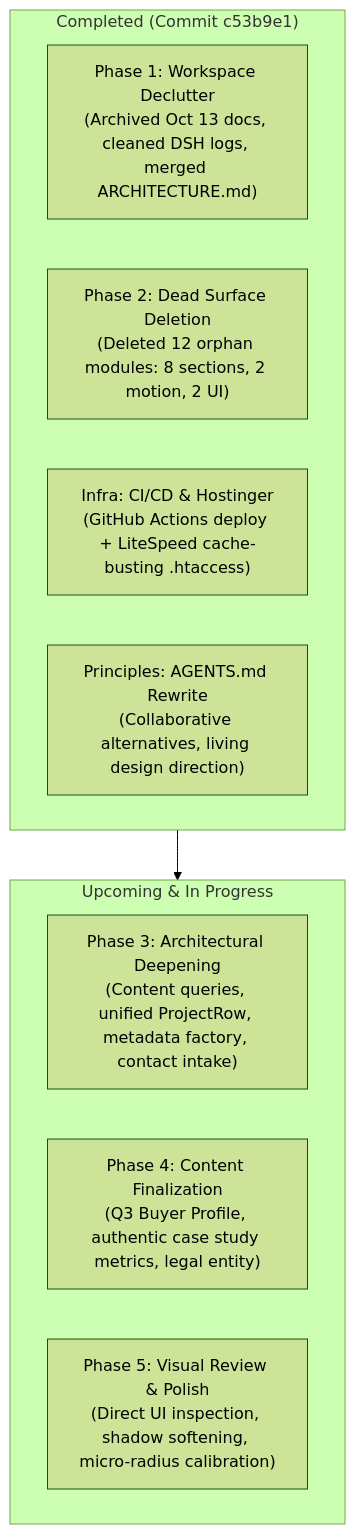
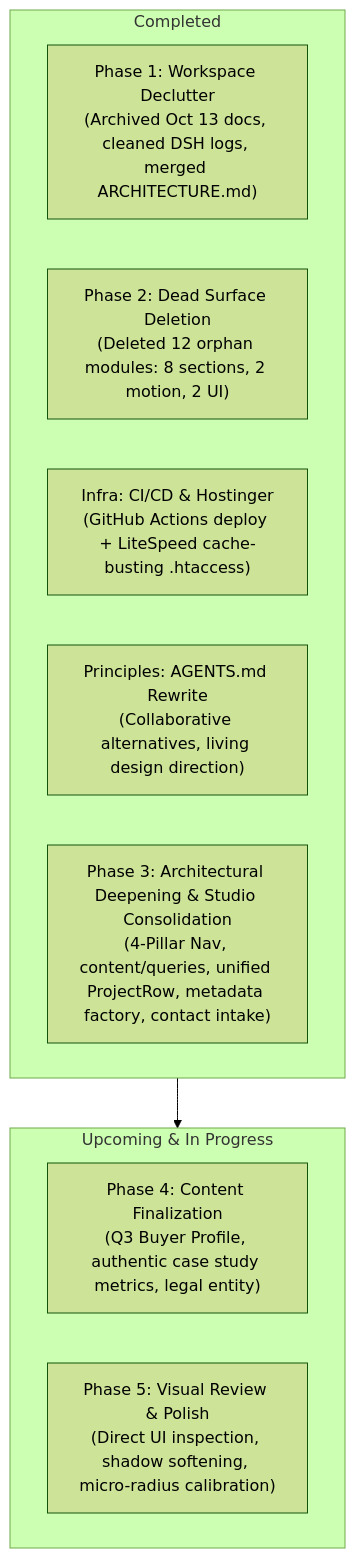
One commit to Jabir-A-H/portfolio changed the diagram in docs/CLEANUP_PLAN.md. Above: the diagram before and after it, drawn with Mermaid (forest theme). The commit also changed other lines of this file and 33 other files, not shown here.

First line of the commit message:
feat(architecture): consolidate 4-pillar studio nav, establish queries facade, and overhaul docs suite

````diff
--- a/docs/CLEANUP_PLAN.md
+++ b/docs/CLEANUP_PLAN.md
@@ -11,17 +11,17 @@
 ```mermaid
 flowchart TD
-  subgraph Done["Completed (Commit c53b9e1)"]
+  subgraph Done["Completed"]
     D1["Phase 1: Workspace Declutter\n(Archived Oct 13 docs, cleaned DSH logs, merged ARCHITECTURE.md)"]
     D2["Phase 2: Dead Surface Deletion\n(Deleted 12 orphan modules: 8 sections, 2 motion, 2 UI)"]
     D3["Infra: CI/CD & Hostinger\n(GitHub Actions deploy + LiteSpeed cache-busting .htaccess)"]
     D4["Principles: AGENTS.md Rewrite\n(Collaborative alternatives, living design direction)"]
+    D5["Phase 3: Architectural Deepening & Studio Consolidation\n(4-Pillar Nav, content/queries, unified ProjectRow, metadata factory, contact intake)"]
   end
 
   subgraph Next["Upcoming & In Progress"]
-    N1["Phase 3: Architectural Deepening\n(Content queries, unified ProjectRow, metadata factory, contact intake)"]
-    N2["Phase 4: Content Finalization\n(Q3 Buyer Profile, authentic case study metrics, legal entity)"]
-    N3["Phase 5: Visual Review & Polish\n(Direct UI inspection, shadow softening, micro-radius calibration)"]
+    N1["Phase 4: Content Finalization\n(Q3 Buyer Profile, authentic case study metrics, legal entity)"]
+    N2["Phase 5: Visual Review & Polish\n(Direct UI inspection, shadow softening, micro-radius calibration)"]
   end
 
   Done --> Next
 ```
````
